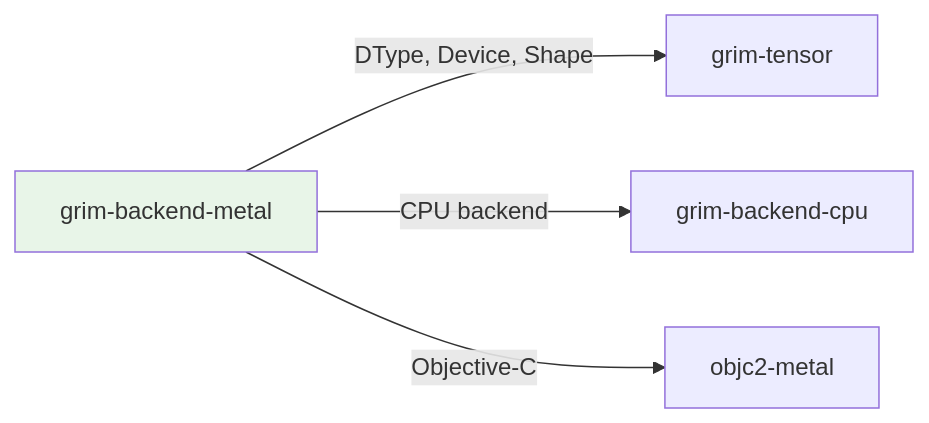
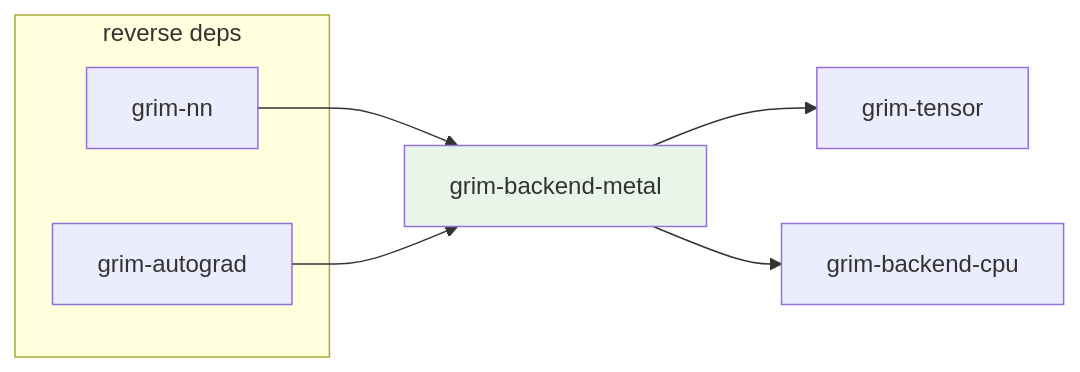
One commit to sydonayrex/grim changed the diagram in crates/grim-backend-metal/README.md. Above: the diagram before and after it, drawn with Mermaid. The commit also changed other lines of this file and 55 other files, not shown here.

````diff
--- a/crates/grim-backend-metal/README.md
+++ b/crates/grim-backend-metal/README.md
@@ -20,8 +17,15 @@
 ```mermaid
 graph LR
-    A[grim-backend-metal] -->|DType, Device, Shape| B[grim-tensor]
-    A -->|CPU backend| C[grim-backend-cpu]
-    A -->|Objective-C| D[objc2-metal]
-    
+    A[grim-backend-metal] --> B[grim-tensor]
+    A --> C[grim-backend-cpu]
+
+    subgraph "reverse deps"
+        D1[grim-nn]
+        D2[grim-autograd]
+    end
+
+    D1 --> A
+    D2 --> A
+
     style A fill:#e8f5e8
 ```
````
